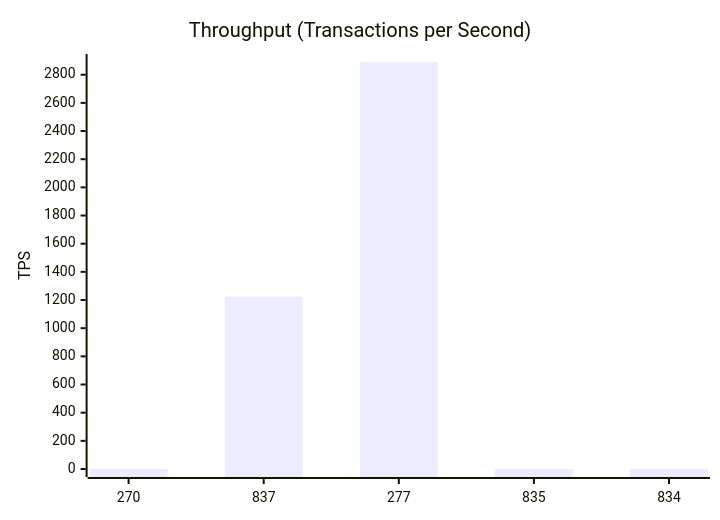
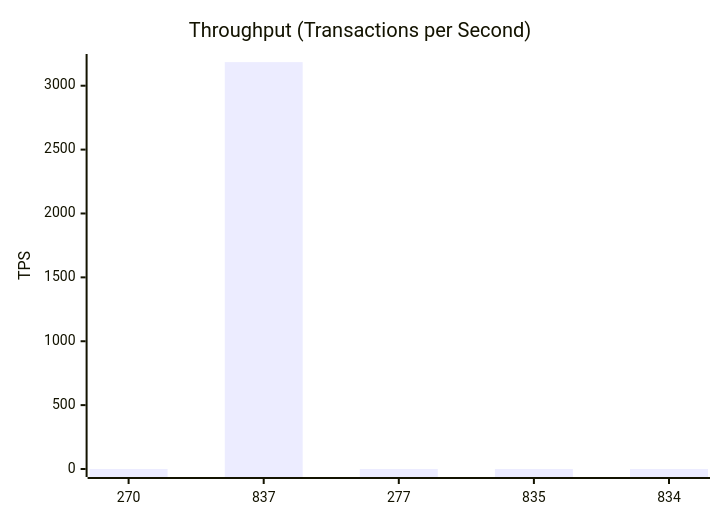
The second of 10 diagrams in test-tools/DataGen/src/Statistics_Visualizer.md (dhagan-va/intern-2025), drawn with Mermaid before and after one commit. The commit also changed other lines of this file and 2 other files, not shown here.

````diff
--- a/test-tools/DataGen/src/Statistics_Visualizer.md
+++ b/test-tools/DataGen/src/Statistics_Visualizer.md
@@ -30,7 +30,7 @@
 ```mermaid
 xychart-beta
     title "Throughput (Transactions per Second)"
     x-axis ["270", "837", "277", "835", "834"]
-    y-axis "TPS" 0 --> 2890.383468041076
-    bar [0.0012403159233494681, 1223.1270178841003, 2889.383468041076, 0.0, 0.0]
+    y-axis "TPS" 0 --> 3185.672806715838
+    bar [0.0, 3184.672806715838, 0.0, 0.0, 0.0]
 ```
````
